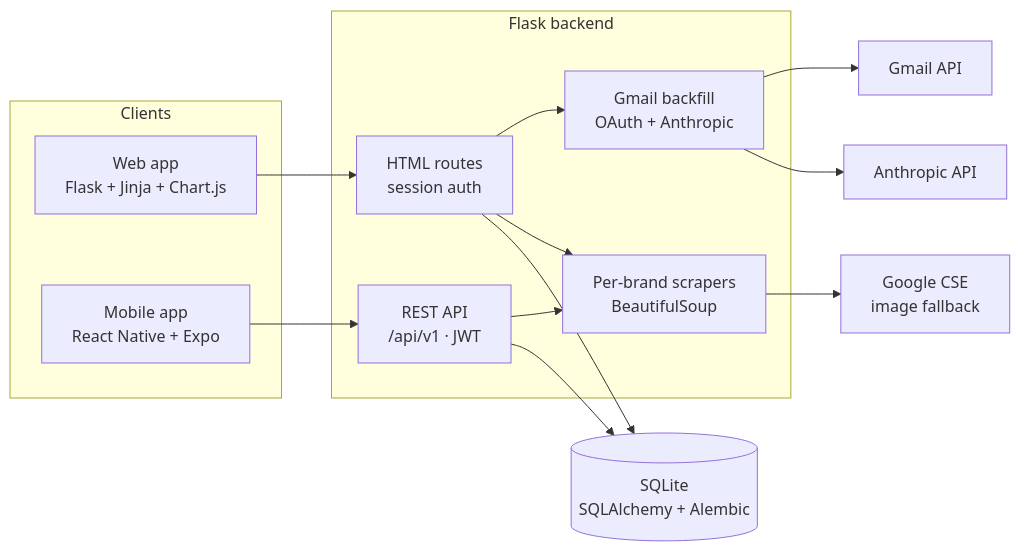
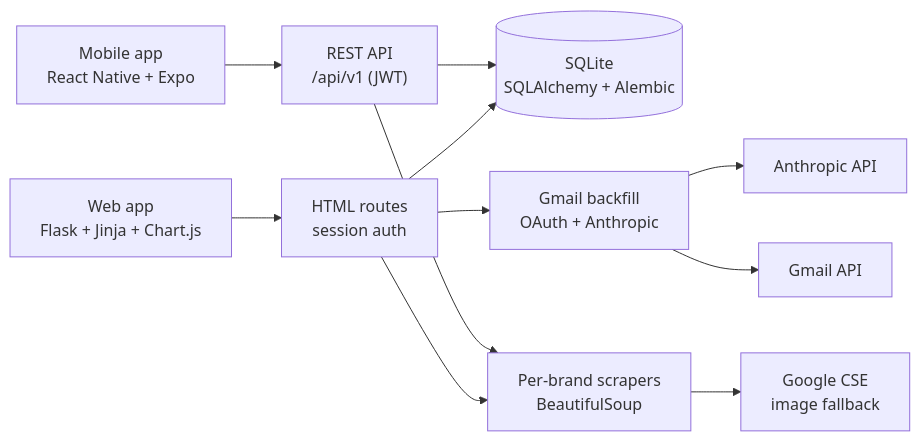
The diagram in README.md (yoowon90/unhooked), drawn with Mermaid before and after one commit.

Commit message:
Fix Architecture mermaid diagram on GitHub
The previous version used a subgraph with a space in its title and
a unicode middle dot in a label, both of which the GitHub mermaid
renderer trips on. Replace with a plain flowchart of quoted-label
nodes, which renders reliably.

````diff
--- a/README.md
+++ b/README.md
@@ -60,25 +60,13 @@
 ```mermaid
 flowchart LR
-  subgraph Clients
-    Web[Web app<br/>Flask + Jinja + Chart.js]
-    Mobile[Mobile app<br/>React Native + Expo]
-  end
-
-  subgraph Backend [Flask backend]
-    HTML[HTML routes<br/>session auth]
-    API[REST API<br/>/api/v1 · JWT]
-    Scraper[Per-brand scrapers<br/>BeautifulSoup]
-    Backfill[Gmail backfill<br/>OAuth + Anthropic]
-  end
-
-  Web --> HTML
-  Mobile --> API
-  HTML --> DB[(SQLite<br/>SQLAlchemy + Alembic)]
+  Web["Web app<br/>Flask + Jinja + Chart.js"] --> HTML["HTML routes<br/>session auth"]
+  Mobile["Mobile app<br/>React Native + Expo"] --> API["REST API<br/>/api/v1 (JWT)"]
+  HTML --> DB[("SQLite<br/>SQLAlchemy + Alembic")]
   API --> DB
-  HTML --> Scraper
+  HTML --> Scraper["Per-brand scrapers<br/>BeautifulSoup"]
   API --> Scraper
-  HTML --> Backfill
-  Backfill --> Anthropic[Anthropic API]
-  Backfill --> Gmail[Gmail API]
-  Scraper --> CSE[Google CSE<br/>image fallback]
+  HTML --> Backfill["Gmail backfill<br/>OAuth + Anthropic"]
+  Backfill --> Anthropic["Anthropic API"]
+  Backfill --> Gmail["Gmail API"]
+  Scraper --> CSE["Google CSE<br/>image fallback"]
 ```
````
